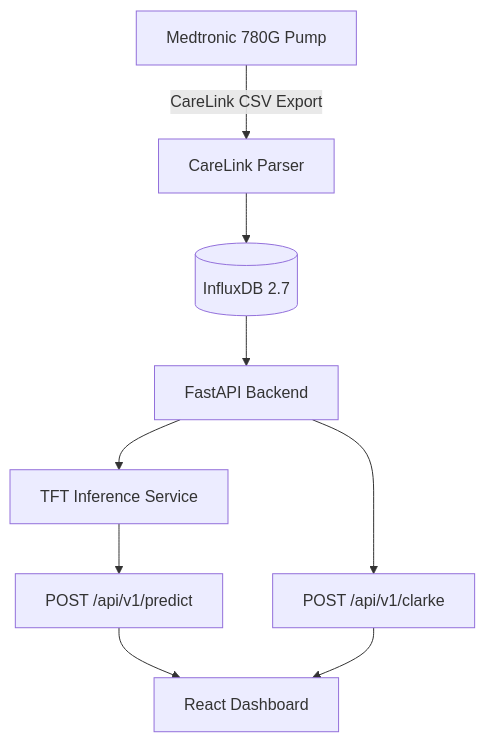
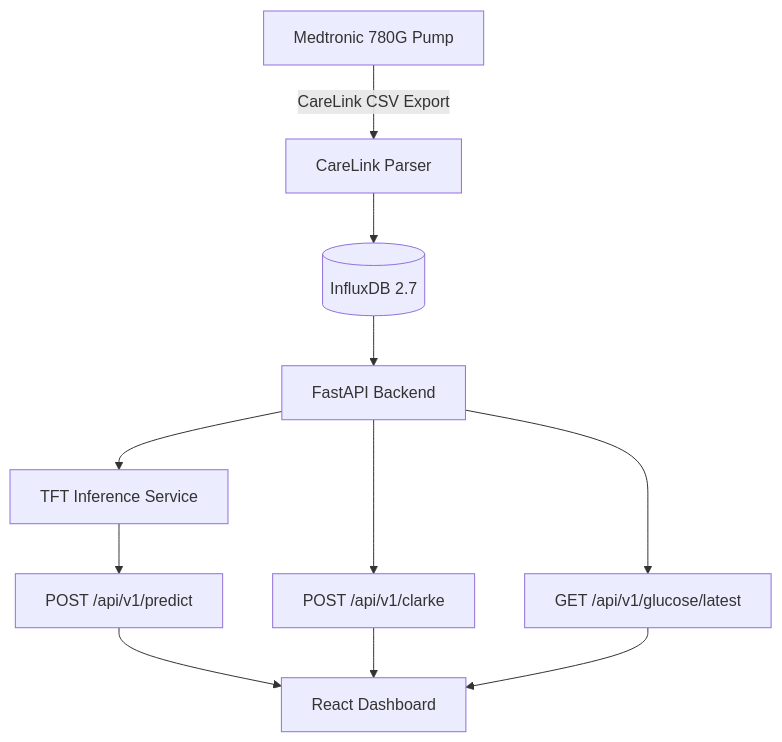
The diagram in README.md (Radian20Hz/NeuroMetabolic-Dashboard), drawn with Mermaid before and after one commit. The commit also changed other lines of this file, not shown here.

````diff
--- a/README.md
+++ b/README.md
@@ -38,11 +36,13 @@
 ```mermaid
 graph TD
   A[Medtronic 780G Pump] -->|CareLink CSV Export| B[CareLink Parser]
   B --> C[(InfluxDB 2.7)]
   C --> D[FastAPI Backend]
   D --> E[TFT Inference Service]
   E --> F[POST /api/v1/predict]
   F --> G[React Dashboard]
   D --> H[POST /api/v1/clarke]
   H --> G
+  D --> I[GET /api/v1/glucose/latest]
+  I --> G
 ```
````
